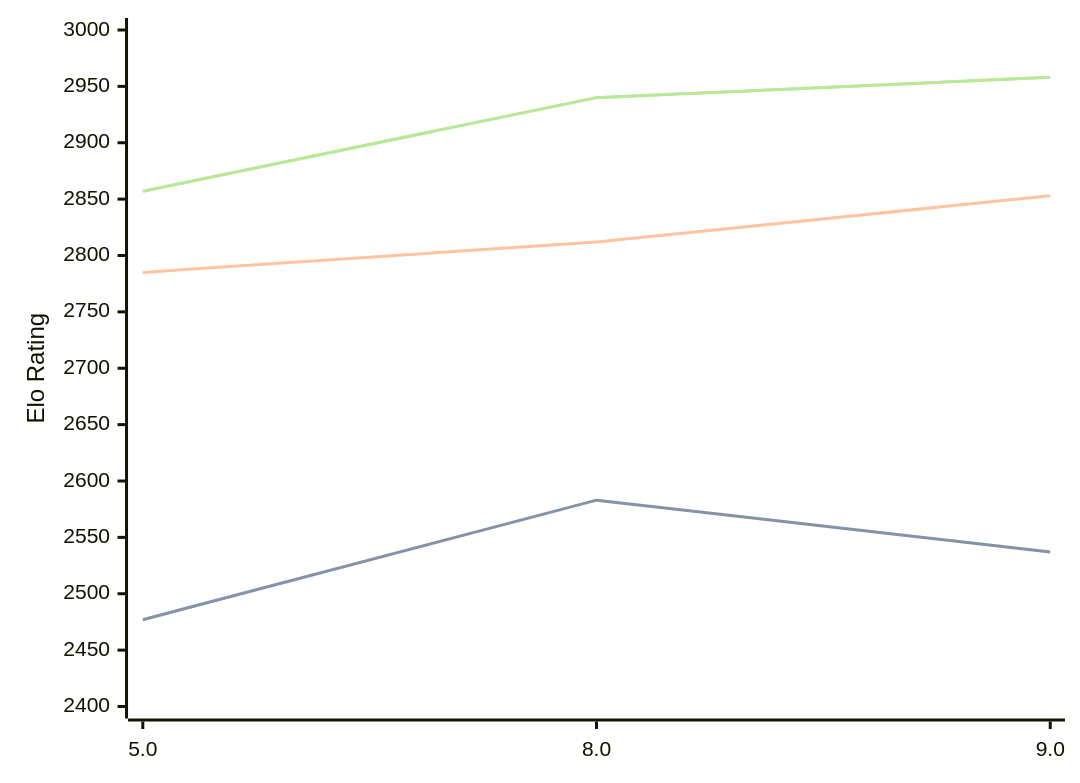
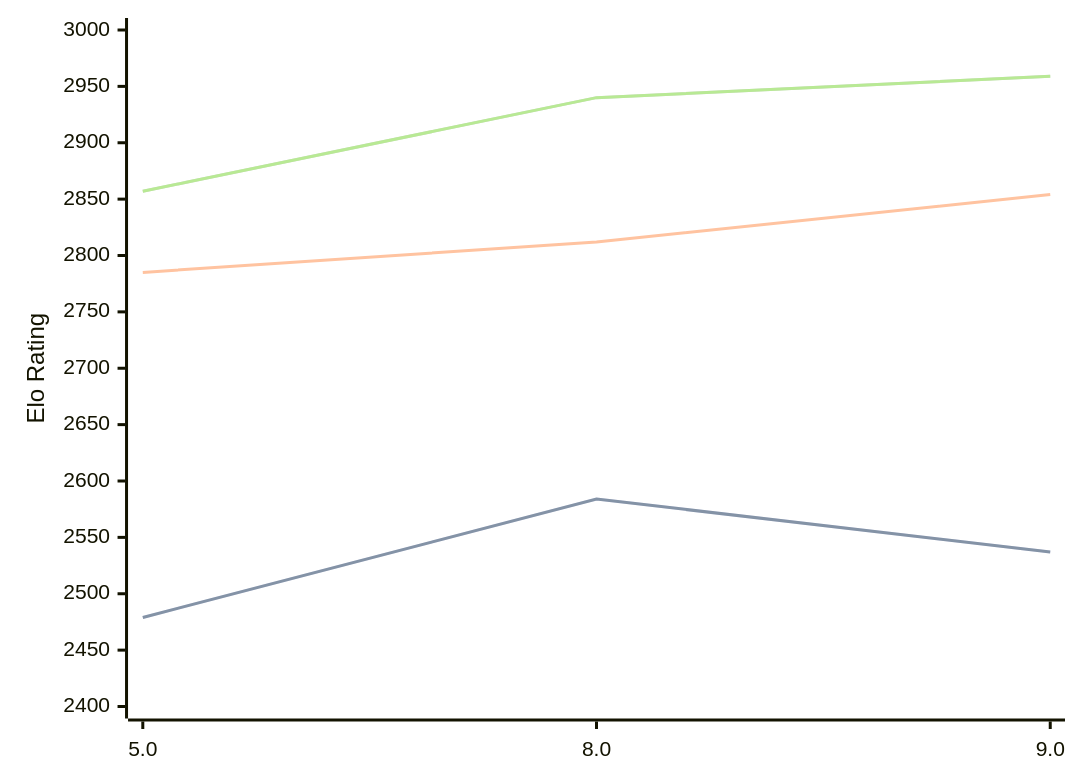
The diagram in engines/4kc.md (computer-chess-index/cci), drawn with Mermaid before and after one commit. The commit also changed other lines of this file, not shown here.

Commit message:
Update CCI Ratings (ELO VLTC) - 2026-08-24

````diff
--- a/engines/4kc.md
+++ b/engines/4kc.md
@@ -33,11 +33,11 @@
 ```mermaid
 %%{init: {"theme":"base","themeVariables":{"seriesColors:['#a3a3a3','#222221','#faa371']}}}%%
 xychart-beta
   x-axis ["5.0", "8.0", "9.0"]
   y-axis "Elo Rating" 2400 --> 3000
-  line "STC (8.0+0.08s)" [2477, 2583, 2537]
-  line "STC (8.0+0.08s)" [2477, 2583, 2537]
-  line "LTC (60.0+0.60s)" [2785, 2812, 2853]
-  line "VLTC (2m24s+1.12s)" [2857, 2940, 2958]
-  line "VLTC (2m24s+1.12s)" [2857, 2940, 2958]
+  line "STC (8.0+0.08s)" [2479, 2584, 2537]
+  line "STC (8.0+0.08s)" [2479, 2584, 2537]
+  line "LTC (60.0+0.60s)" [2785, 2812, 2854]
+  line "VLTC (2m24s+1.12s)" [2857, 2940, 2959]
+  line "VLTC (2m24s+1.12s)" [2857, 2940, 2959]
 ```
````
